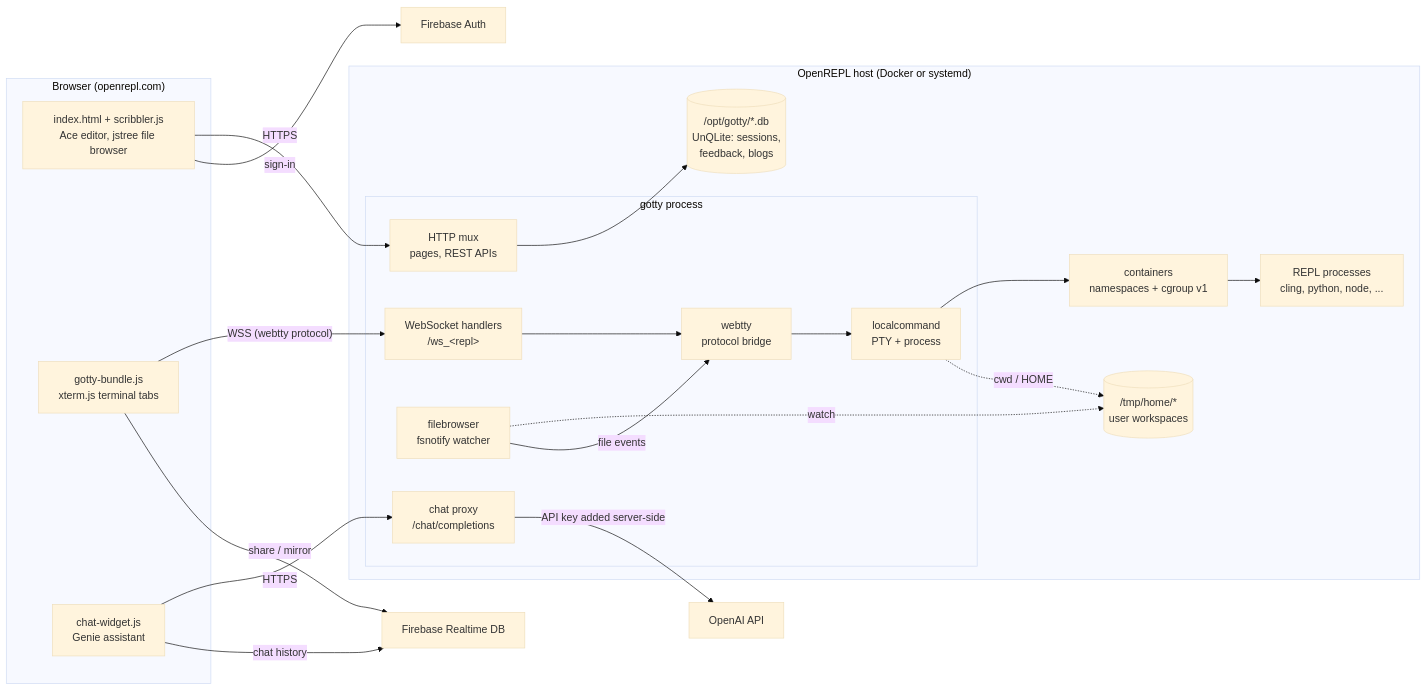
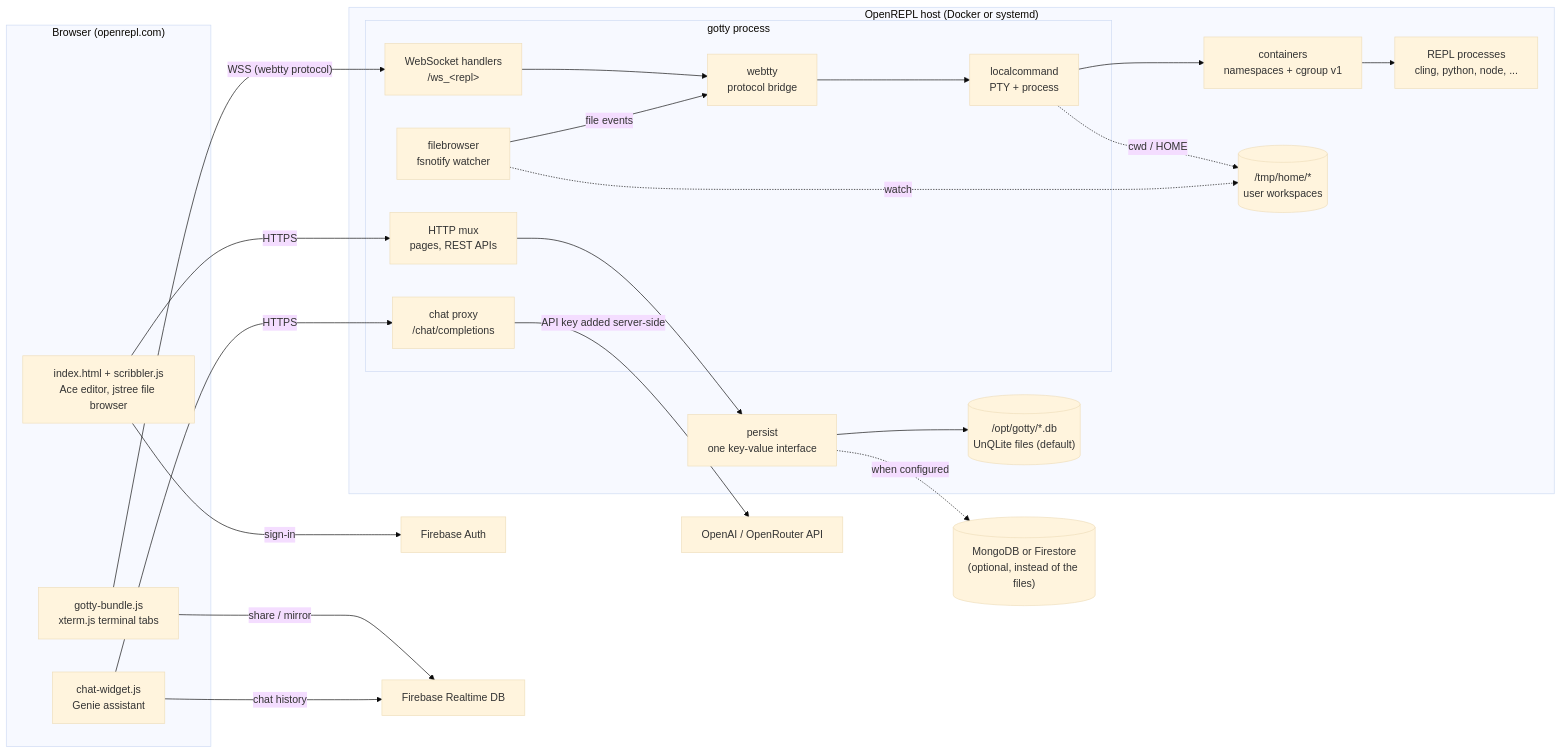
Before and after one commit to vickeykumar/openrepl: the second of 4 diagrams in README.md, drawn with Mermaid (base theme). The commit also changed other lines of this file and 1 other file, not shown here.

First line of the commit message:
README: the database design, and a diagram of distributed mode

````diff
--- a/README.md
+++ b/README.md
@@ -435,39 +488,43 @@
 ```mermaid
 flowchart LR
     subgraph Browser["Browser (openrepl.com)"]
         UI["index.html + scribbler.js<br/>Ace editor, jstree file browser"]
         TERM["gotty-bundle.js<br/>xterm.js terminal tabs"]
         CHAT["chat-widget.js<br/>Genie assistant"]
     end
 
     subgraph Host["OpenREPL host (Docker or systemd)"]
         subgraph GOTTY["gotty process"]
             HTTP["HTTP mux<br/>pages, REST APIs"]
             WS["WebSocket handlers<br/>/ws_&lt;repl&gt;"]
             WT["webtty<br/>protocol bridge"]
             LC["localcommand<br/>PTY + process"]
             FB["filebrowser<br/>fsnotify watcher"]
             CP["chat proxy<br/>/chat/completions"]
         end
         CG["containers<br/>namespaces + cgroup v1"]
         REPL["REPL processes<br/>cling, python, node, ..."]
         FS[("/tmp/home/*<br/>user workspaces")]
-        DB[("/opt/gotty/*.db<br/>UnQLite: sessions,<br/>feedback, blogs")]
+        PS["persist<br/>one key-value interface"]
+        DB[("/opt/gotty/*.db<br/>UnQLite files (default)")]
     end
 
+    RDB[("MongoDB or Firestore<br/>(optional, instead of the files)")]
     FAUTH["Firebase Auth"]
     FRTDB["Firebase Realtime DB"]
-    OAI["OpenAI API"]
+    OAI["OpenAI / OpenRouter API"]
 
     UI -- "HTTPS" --> HTTP
     TERM -- "WSS (webtty protocol)" --> WS
     WS --> WT --> LC --> CG --> REPL
     LC -. "cwd / HOME" .-> FS
     FB -. "watch" .-> FS
     FB -- "file events" --> WT
-    HTTP --> DB
+    HTTP --> PS
+    PS --> DB
+    PS -. "when configured" .-> RDB
     CHAT -- "HTTPS" --> CP -- "API key added server-side" --> OAI
     UI -- "sign-in" --> FAUTH
     TERM -- "share / mirror" --> FRTDB
     CHAT -- "chat history" --> FRTDB
 ```
````
